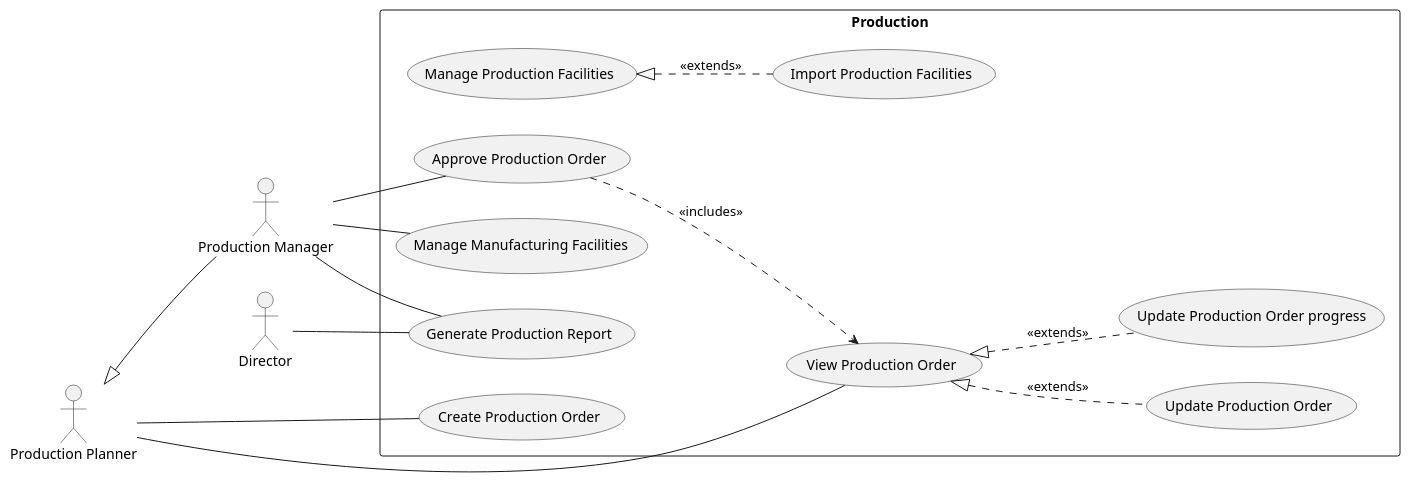
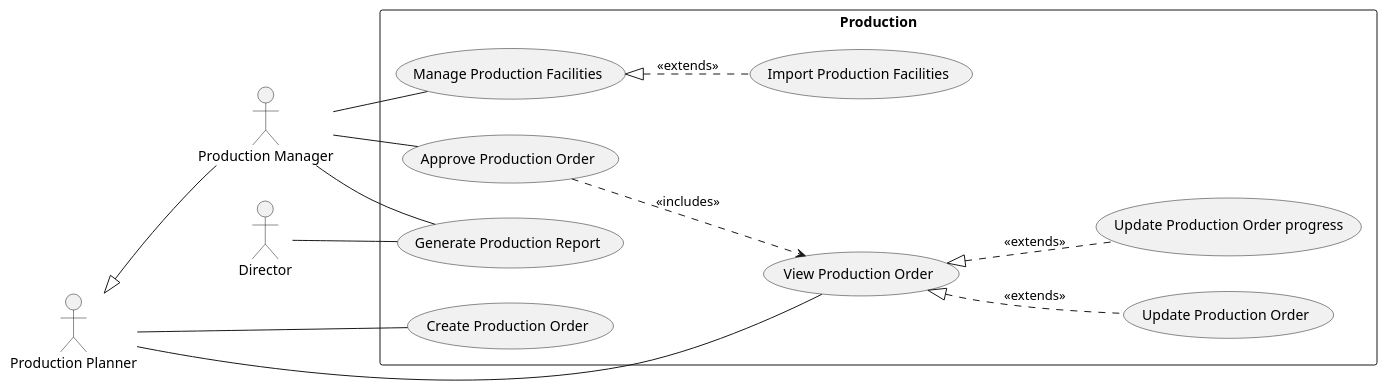
One commit to phihungha/scmss-reqs changed the diagram in use-cases/Production.plantuml. Above: the diagram before and after it, drawn with PlantUML. The commit also changed 1 other file, not shown here.

```diff
--- a/use-cases/Production.plantuml
+++ b/use-cases/Production.plantuml
@@ -1,24 +1,24 @@
 @startuml production
 left to right direction
 
 :Production Planner: as pp
 :Production Manager: as pm
 pp <|-- pm
 
 :Director: as d
 
 rectangle Production {
   pp -- (View Production Order)
   pp -- (Create Production Order)
   (View Production Order) <|.. (Update Production Order) : <<extends>>
   (View Production Order) <|.. (Update Production Order progress) : <<extends>>
 
   pm -- (Approve Production Order)
   (Approve Production Order) ..> (View Production Order) : <<includes>>
 
-  pm -- (Manage Manufacturing Facilities)
+  pm -- (Manage Production Facilities)
   (Manage Production Facilities) <|.. (Import Production Facilities) : <<extends>>
   pm -- (Generate Production Report)
   d -- (Generate Production Report)
 }
 @enduml
```
